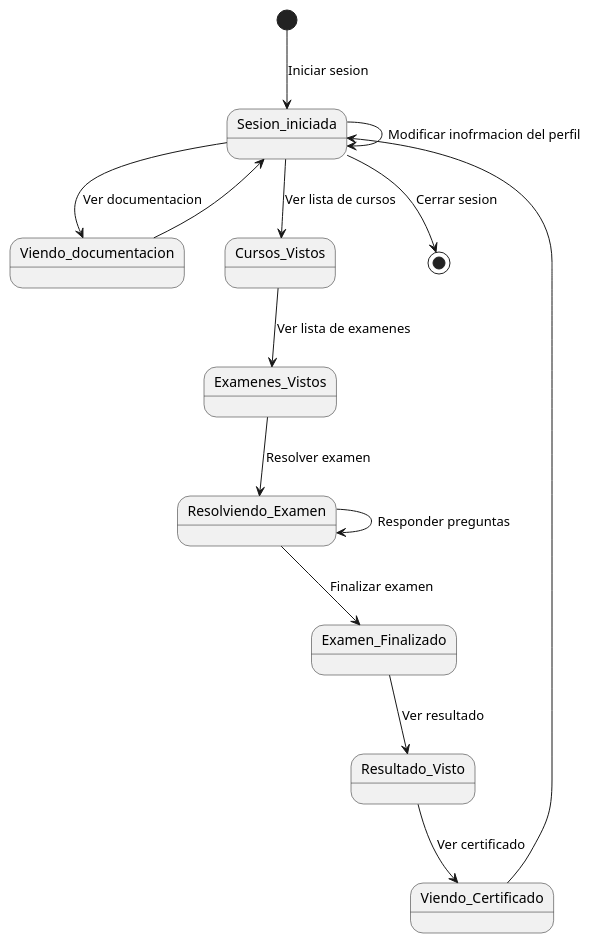
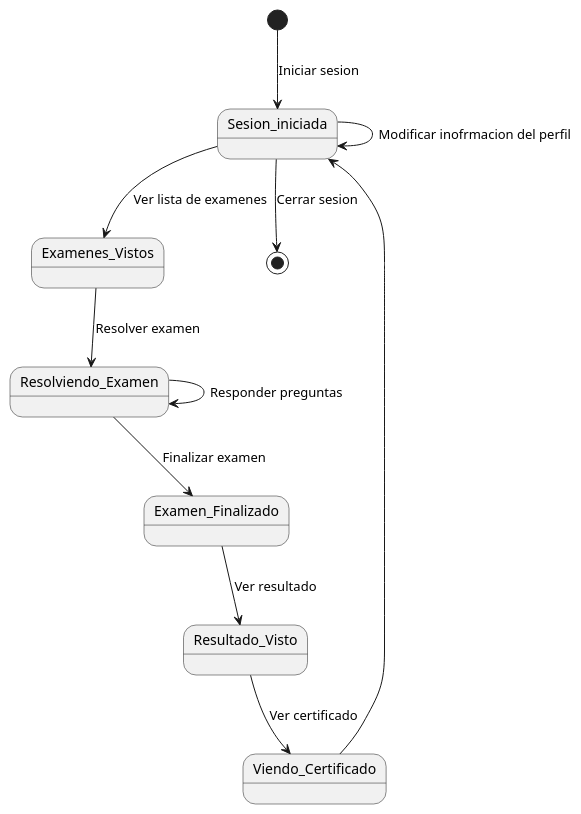
The diagram in docs/scenariosView/DiagramaDeEstadosDeUseCasesUsuario.plantuml (Carverz/IS-022023_Proyecto-Grupo-4), drawn with PlantUML before and after one commit. The commit also changed 1 other file, not shown here.

```diff
--- a/docs/scenariosView/DiagramaDeEstadosDeUseCasesUsuario.plantuml
+++ b/docs/scenariosView/DiagramaDeEstadosDeUseCasesUsuario.plantuml
@@ -1,21 +1,19 @@
 @startuml
 skinparam Style strictuml
 
 
 [*] --> Sesion_iniciada: Iniciar sesion
 Sesion_iniciada --> Sesion_iniciada: Modificar inofrmacion del perfil
-Sesion_iniciada --> Viendo_documentacion: Ver documentacion
-Viendo_documentacion --> Sesion_iniciada
 
-Sesion_iniciada --> Cursos_Vistos: Ver lista de cursos
-Cursos_Vistos --> Examenes_Vistos: Ver lista de examenes
+
+Sesion_iniciada -->  Examenes_Vistos: Ver lista de examenes
 Examenes_Vistos --> Resolviendo_Examen: Resolver examen
 Resolviendo_Examen --> Resolviendo_Examen: Responder preguntas 
 Resolviendo_Examen --> Examen_Finalizado: Finalizar examen
 Examen_Finalizado --> Resultado_Visto: Ver resultado
 Resultado_Visto --> Viendo_Certificado: Ver certificado
 Viendo_Certificado -->  Sesion_iniciada
 Sesion_iniciada --> [*]: Cerrar sesion
 
 
 @enduml
```
